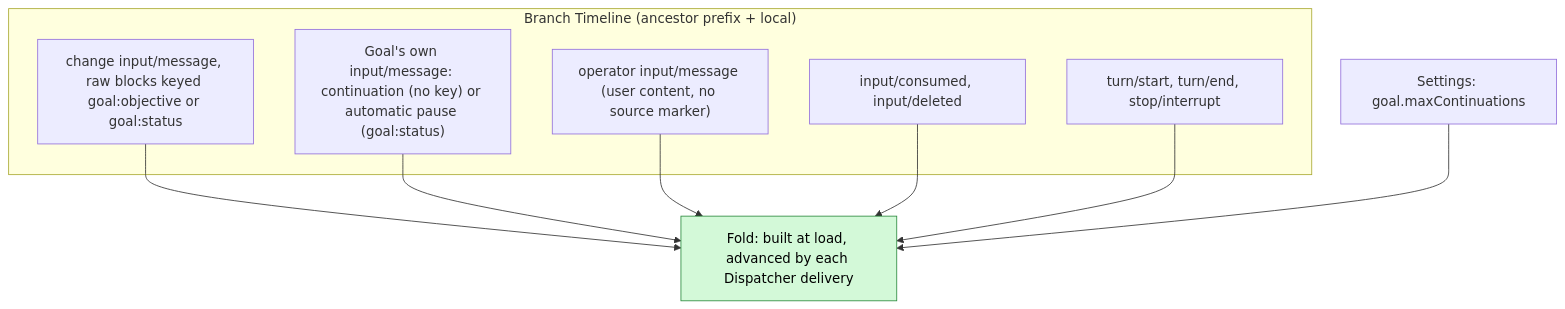
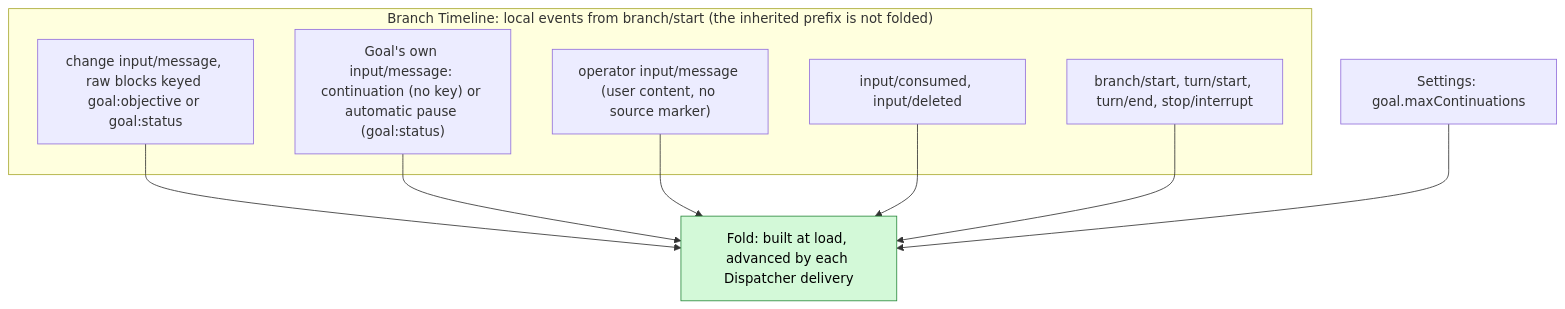
One commit to CoutinhoTTS/dim-agent changed the second of 7 diagrams in docs/design/plugins/Goal.md. Above: the diagram before and after it, drawn with Mermaid. The commit also changed other lines of this file and 3 other files, not shown here.

````diff
--- a/docs/design/plugins/Goal.md
+++ b/docs/design/plugins/Goal.md
@@ -50,19 +50,19 @@
 ```mermaid
 flowchart TB
-  subgraph TLB["Branch Timeline (ancestor prefix + local)"]
+  subgraph TLB["Branch Timeline: local events from branch/start (the inherited prefix is not folded)"]
     GBK["change input/message, raw blocks keyed goal:objective or goal:status"]
     CI["Goal's own input/message: continuation (no key) or automatic pause (goal:status)"]
     OI["operator input/message (user content, no source marker)"]
     IC["input/consumed, input/deleted"]
-    TE["turn/start, turn/end, stop/interrupt"]
+    TE["branch/start, turn/start, turn/end, stop/interrupt"]
   end
   CFG["Settings: goal.maxContinuations"]
   VIEW["Fold: built at load, advanced by each Dispatcher delivery"]:::new
   GBK --> VIEW
   CI --> VIEW
   OI --> VIEW
   IC --> VIEW
   TE --> VIEW
   CFG --> VIEW
   classDef new fill:#d3f9d8,stroke:#2b8a3e,color:#000
 ```
````
